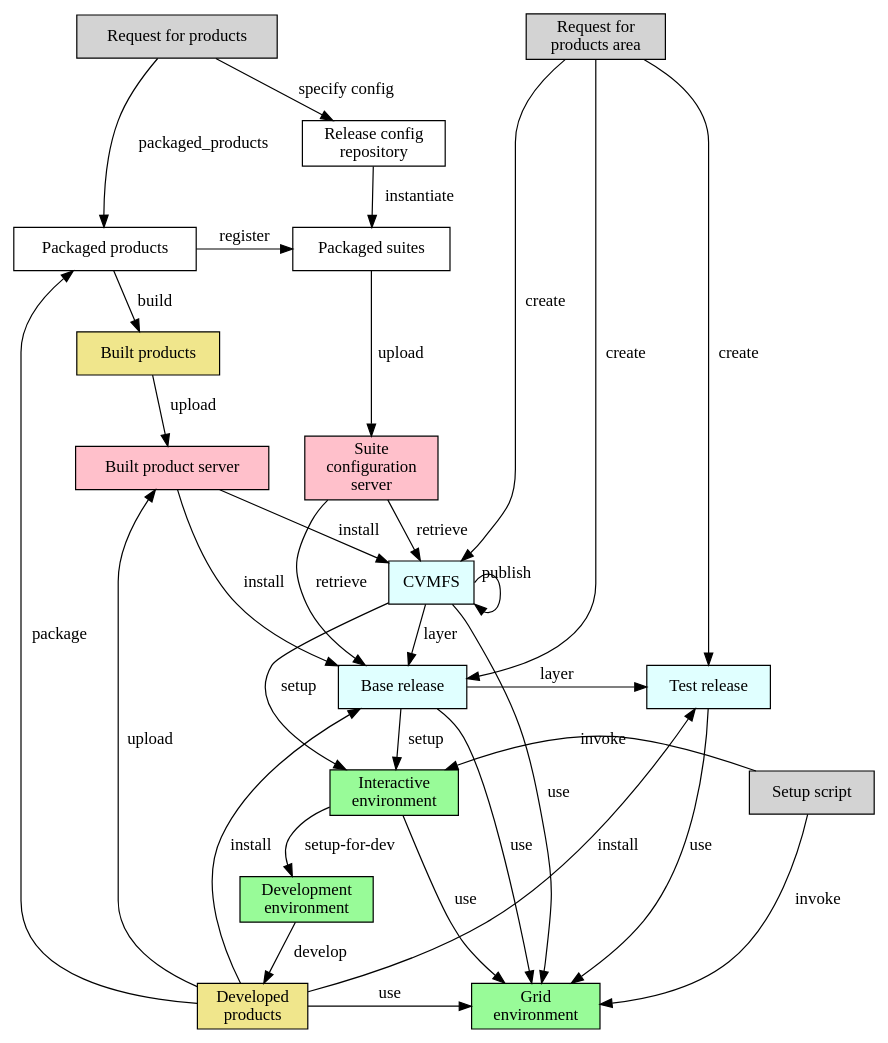
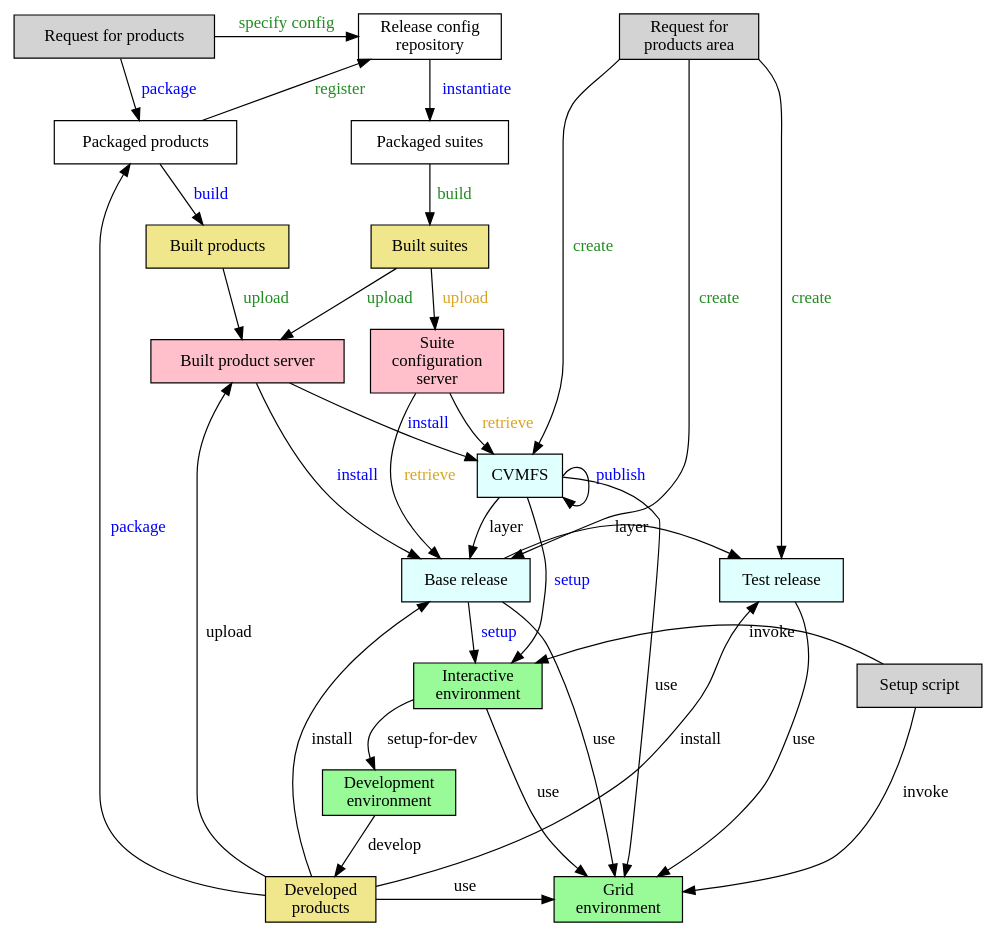
Before and after one commit to marcpaterno/spack_retreat: the diagram in spack.gv, drawn with Graphviz.

Commit message:
Colorize some edges

```diff
--- a/spack.gv
+++ b/spack.gv
@@ -1,62 +1,65 @@
 digraph test {
 
   node [shape="rectangle"]
   nodesep=0.3
 
   request [label="Request for products", style=filled, fillcolor=lightgray]
   request_for_products_area [label="Request for\nproducts area", style=filled, fillcolor=lightgray]
   packaged_products [label="Packaged products"]
   scisoft [label="Built product server", style=filled, fillcolor=pink]
   suite_config_server [label="Suite\nconfiguration\nserver", style=filled, fillcolor=pink]
   build [label="Built products", style=filled, fillcolor=khaki]
+  built_env [label="Built suites", style=filled, fillcolor=khaki]
   packaged_suites [label="Packaged suites"]
   release_config [label="Release config\nrepository"]
   developed [label="Developed\nproducts", style=filled, fillcolor=khaki]
   local_install [label="Base release", style=filled, fillcolor=lightcyan]
   test_release [label="Test release", style=filled, fillcolor=lightcyan]
   CVMFS [style=filled, fillcolor=lightcyan]
   interactive [label="Interactive\nenvironment", style=filled, fillcolor=palegreen]
   grid [label="Grid\nenvironment", style=filled, fillcolor=palegreen]
   development [label="Development\nenvironment", style=filled, fillcolor=palegreen]
   setup [label="Setup script", style=filled, fillcolor=lightgray]
 
   { rank = same; developed; grid }
-  { rank = same; packaged_suites; packaged_products }
+  { rank = same; packaged_products; packaged_suites }
   { rank = same; test_release; local_install; }
   { rank = same; suite_config_server; scisoft}
   { rank = same; interactive; setup }
-  { rank = same; request; request_for_products_area }
+  { rank = same; request; release_config; request_for_products_area }
 
-  CVMFS -> grid [label=" use"]
-  CVMFS -> interactive [label=" setup"]
-  CVMFS -> local_install [label="layer"]
-  CVMFS:e -> CVMFS:se [xlabel="publish"]
-  build -> scisoft [label=" upload"]
-  local_install -> grid [label=" use"]
-  local_install -> interactive [label=" setup"]
-  local_install -> test_release[label="layer"]
-  packaged_products -> build [label=" build"]
-  packaged_products -> packaged_suites [label="register"]
-  packaged_suites -> suite_config_server [label="upload"]
-  release_config -> packaged_suites [label = "instantiate"]
-  request -> packaged_products [label=" packaged_products"]
-  request -> release_config [label="specify config"]
-  request_for_products_area -> CVMFS [label=" create"]
-  request_for_products_area -> local_install [label=" create"]
-  request_for_products_area -> test_release [label=" create"]
-  scisoft -> CVMFS [label="install"]
-  scisoft -> local_install [label="install"]
-  suite_config_server -> CVMFS [label="retrieve"]
-  suite_config_server -> local_install [label="retrieve"]
-  test_release -> grid [label="use"]
-  interactive -> development [label=" setup-for-dev"]
-  interactive -> grid [label="use"]
-  setup -> interactive [label=" invoke"]
-  setup -> grid [label=" invoke"]
-  development -> developed [label=" develop"]
-  developed -> local_install [label=" install"]
-  developed -> grid [label="use"]
-  developed -> scisoft [label=" upload"]
-  developed -> packaged_products [label=" package"]
-  developed -> test_release [label="install"]
+  CVMFS -> grid [label=" use", fontcolor=black]
+  CVMFS -> interactive [label=" setup", fontcolor=blue]
+  CVMFS -> local_install [label="layer", fontcolor=black]
+  CVMFS:e -> CVMFS:se [label="publish", fontcolor=blue]
+  build -> scisoft [label=" upload", fontcolor=forestgreen]
+  local_install -> grid [label=" use", fontcolor=black]
+  local_install -> interactive [label=" setup", fontcolor=blue]
+  local_install -> test_release[label="layer", fontcolor=black]
+  packaged_products -> build [label=" build", fontcolor=blue]
+  packaged_products -> release_config [label="register", fontcolor=forestgreen]
+  packaged_suites -> built_env [label=" build", fontcolor=forestgreen]
+  built_env -> scisoft [label="upload", fontcolor=forestgreen]
+  built_env -> suite_config_server [label=" upload", fontcolor=goldenrod]
+  release_config -> packaged_suites [label = "instantiate", fontcolor=blue]
+  request -> packaged_products [label="package", fontcolor=blue]
+  request -> release_config [label="specify config", fontcolor=forestgreen]
+  request_for_products_area:sw -> CVMFS [label=" create", fontcolor=forestgreen]
+  request_for_products_area:s -> local_install [label=" create", fontcolor=forestgreen]
+  request_for_products_area:se -> test_release [label=" create", fontcolor=forestgreen]
+  scisoft -> CVMFS [label="install", fontcolor=blue]
+  scisoft -> local_install [label="install", fontcolor=blue]
+  suite_config_server -> CVMFS [label="retrieve", fontcolor=goldenrod]
+  suite_config_server -> local_install [label="retrieve", fontcolor=goldenrod]
+  test_release -> grid [label="use", fontcolor=black]
+  interactive -> development [label=" setup-for-dev", fontcolor=black]
+  interactive -> grid [label="use", fontcolor=black]
+  setup -> interactive [label=" invoke", fontcolor=black]
+  setup -> grid [label=" invoke", fontcolor=black]
+  development -> developed [label=" develop", fontcolor=black]
+  developed -> local_install [label=" install", fontcolor=black]
+  developed -> grid [label="use", fontcolor=black]
+  developed -> scisoft [label=" upload", fontcolor=black]
+  developed -> packaged_products [label=" package", fontcolor=blue]
+  developed -> test_release [label="install", fontcolor=black]
 }
```
